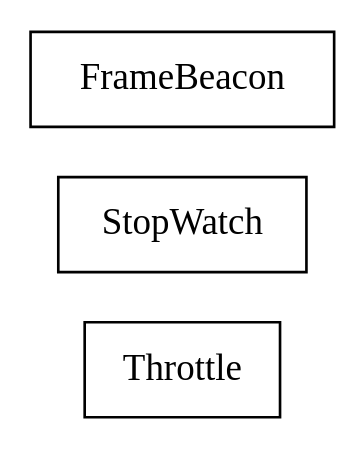
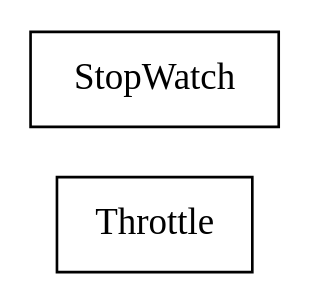
One commit to sekati/sasapi changed the diagram in docs/com/sekati/time/classes.dot. Above: the diagram before and after it, drawn with Graphviz. The commit also changed 95 other files, not shown here.

```diff
--- a/docs/com/sekati/time/classes.dot
+++ b/docs/com/sekati/time/classes.dot
@@ -1,21 +1,15 @@
 strict digraph class_diagram {
   rankdir=LR;
   TypeThrottle[
     label="Throttle",
     URL="Throttle.html",
     tooltip="com.sekati.time.Throttle",
     shape="record"
   ];
   TypeStopWatch[
     label="StopWatch",
     URL="StopWatch.html",
     tooltip="com.sekati.time.StopWatch",
     shape="record"
   ];
-  TypeFrameBeacon[
-    label="FrameBeacon",
-    URL="FrameBeacon.html",
-    tooltip="com.sekati.time.FrameBeacon",
-    shape="record"
-  ];
 }
```
